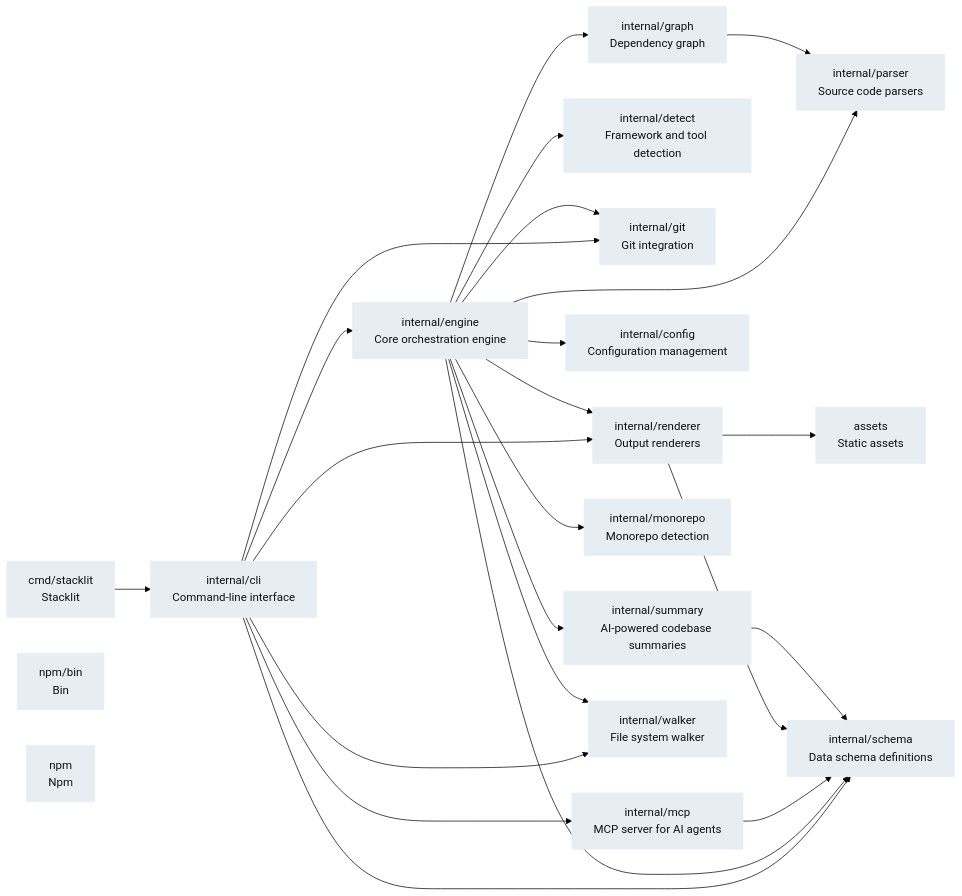
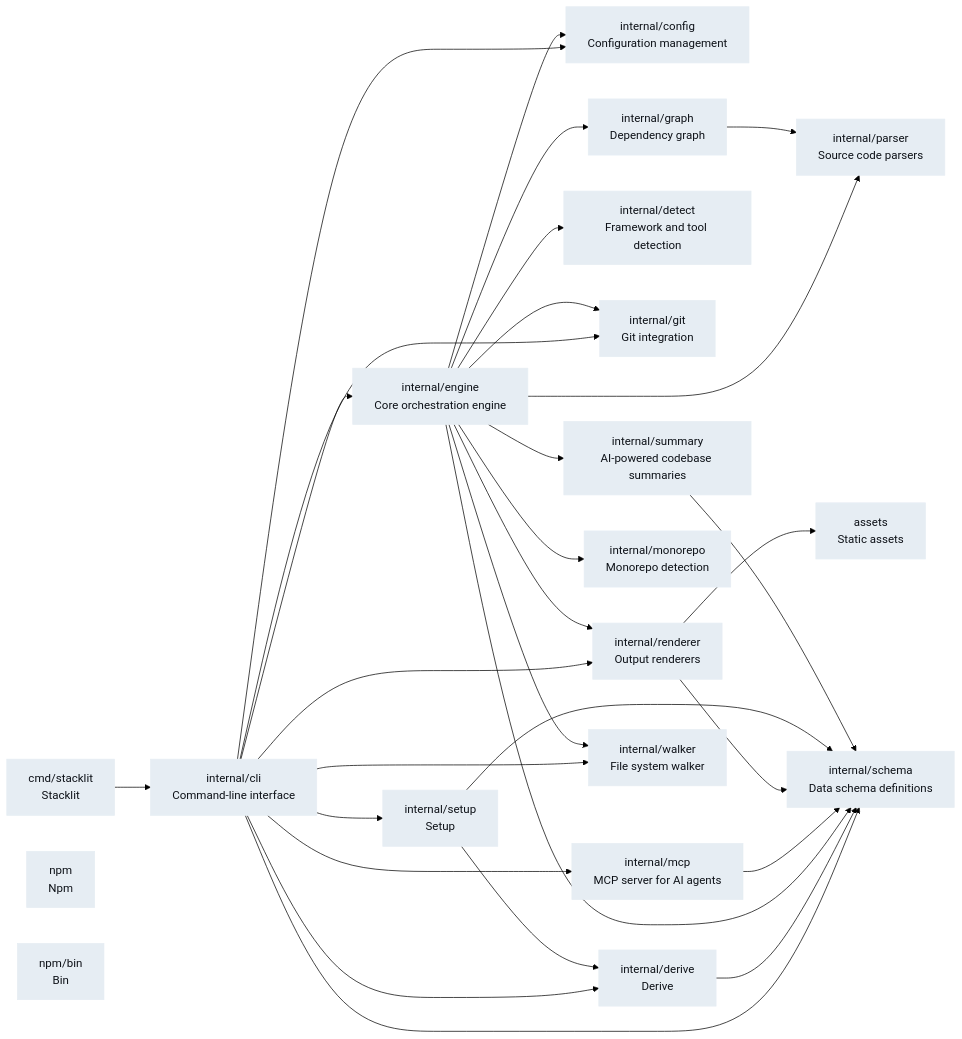
The diagram in DEPENDENCIES.md (atharvasingh7007/stacklit), drawn with Mermaid (forest theme) before and after one commit. The commit also changed other lines of this file and 5 other files, not shown here.

````diff
--- a/DEPENDENCIES.md
+++ b/DEPENDENCIES.md
@@ -5,48 +5,56 @@
 ```mermaid
 graph LR
+  classDef go fill:#e6edf3,color:#0d1117,stroke:#e6edf3
+  classDef java fill:#8b949e,color:#0d1117,stroke:#8b949e
+  classDef javascript fill:#c9d1d9,color:#0d1117,stroke:#c9d1d9
+  classDef python fill:#b1bac4,color:#0d1117,stroke:#b1bac4
   classDef rust fill:#a5b3bf,color:#0d1117,stroke:#a5b3bf
-  classDef go fill:#e6edf3,color:#0d1117,stroke:#e6edf3
-  classDef javascript fill:#c9d1d9,color:#0d1117,stroke:#c9d1d9
-  classDef java fill:#8b949e,color:#0d1117,stroke:#8b949e
   classDef typescript fill:#c9d1d9,color:#0d1117,stroke:#c9d1d9
-  classDef python fill:#b1bac4,color:#0d1117,stroke:#b1bac4
-  internal_summary["internal/summary<br/>AI-powered codebase summaries"]:::go
+  assets["assets<br/>Static assets"]:::go
+  cmd_stacklit["cmd/stacklit<br/>Stacklit"]:::go
+  internal_cli["internal/cli<br/>Command-line interface"]:::go
+  internal_config["internal/config<br/>Configuration management"]:::go
+  internal_derive["internal/derive<br/>Derive"]:::go
   internal_detect["internal/detect<br/>Framework and tool detection"]:::go
   internal_engine["internal/engine<br/>Core orchestration engine"]:::go
   internal_git["internal/git<br/>Git integration"]:::go
-  cmd_stacklit["cmd/stacklit<br/>Stacklit"]:::go
-  internal_cli["internal/cli<br/>Command-line interface"]:::go
+  internal_graph["internal/graph<br/>Dependency graph"]:::go
   internal_mcp["internal/mcp<br/>MCP server for AI agents"]:::go
+  internal_monorepo["internal/monorepo<br/>Monorepo detection"]:::go
+  internal_parser["internal/parser<br/>Source code parsers"]:::go
+  internal_renderer["internal/renderer<br/>Output renderers"]:::go
+  internal_schema["internal/schema<br/>Data schema definitions"]:::go
+  internal_setup["internal/setup<br/>Setup"]:::go
+  internal_summary["internal/summary<br/>AI-powered codebase summaries"]:::go
+  internal_walker["internal/walker<br/>File system walker"]:::go
+  npm["npm<br/>Npm"]:::go
   npm_bin["npm/bin<br/>Bin"]:::go
-  assets["assets<br/>Static assets"]:::go
-  internal_config["internal/config<br/>Configuration management"]:::go
-  internal_graph["internal/graph<br/>Dependency graph"]:::go
-  internal_monorepo["internal/monorepo<br/>Monorepo detection"]:::go
-  internal_renderer["internal/renderer<br/>Output renderers"]:::go
-  npm["npm<br/>Npm"]:::go
-  internal_parser["internal/parser<br/>Source code parsers"]:::go
-  internal_schema["internal/schema<br/>Data schema definitions"]:::go
-  internal_walker["internal/walker<br/>File system walker"]:::go
   cmd_stacklit --> internal_cli
+  internal_cli --> internal_config
+  internal_cli --> internal_derive
   internal_cli --> internal_engine
   internal_cli --> internal_git
   internal_cli --> internal_mcp
   internal_cli --> internal_renderer
   internal_cli --> internal_schema
+  internal_cli --> internal_setup
   internal_cli --> internal_walker
+  internal_derive --> internal_schema
   internal_engine --> internal_config
   internal_engine --> internal_detect
   internal_engine --> internal_git
   internal_engine --> internal_graph
   internal_engine --> internal_monorepo
   internal_engine --> internal_parser
   internal_engine --> internal_renderer
   internal_engine --> internal_schema
   internal_engine --> internal_summary
   internal_engine --> internal_walker
   internal_graph --> internal_parser
   internal_mcp --> internal_schema
   internal_renderer --> assets
   internal_renderer --> internal_schema
+  internal_setup --> internal_derive
+  internal_setup --> internal_schema
   internal_summary --> internal_schema
 ```
````
